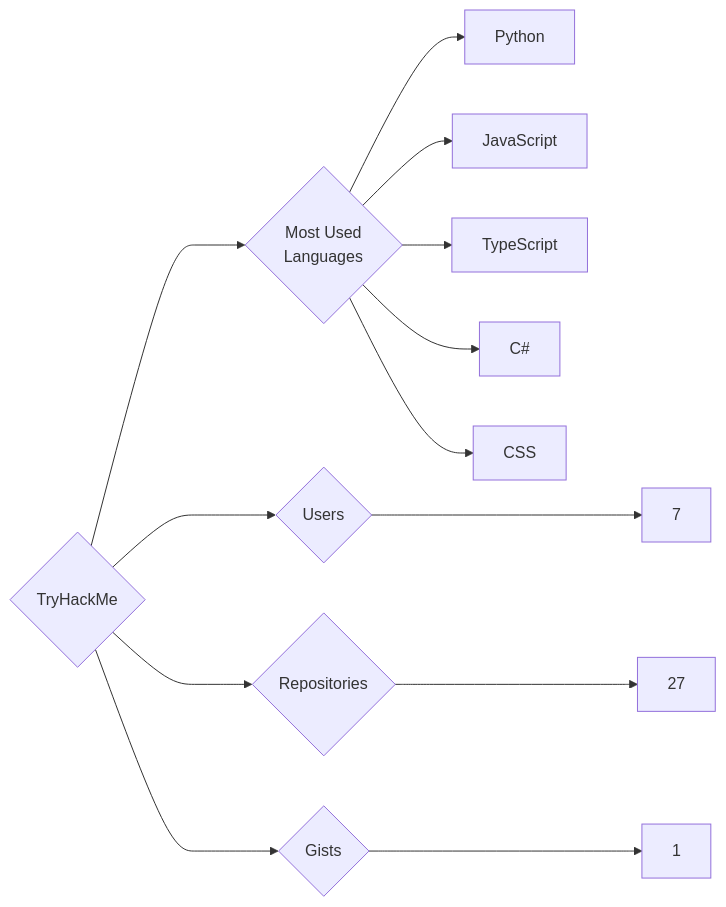
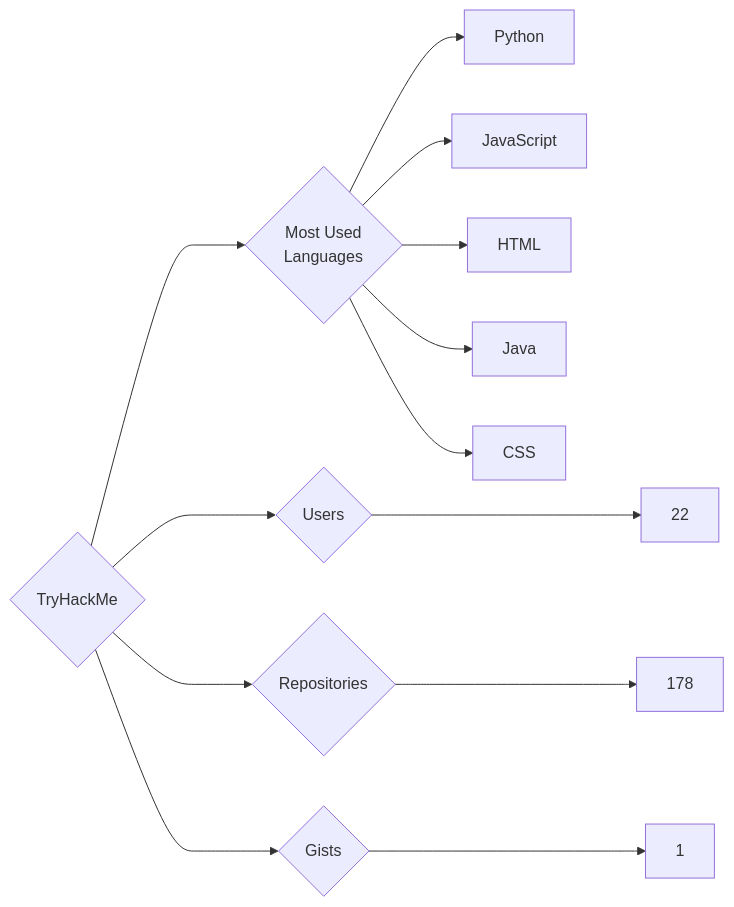
One commit to trickest/insiders changed the diagram in targets/TryHackMe/README.md. Above: the diagram before and after it, drawn with Mermaid. The commit also changed 895 other files, not shown here.

````diff
--- a/targets/TryHackMe/README.md
+++ b/targets/TryHackMe/README.md
@@ -3,13 +3,13 @@
 ```mermaid
 graph LR
 COMPANY_NAME{TryHackMe}
-COMPANY_NAME ---> U{Users} ---> UN[7]
-COMPANY_NAME ---> R{Repositories} ---> RN[27]
+COMPANY_NAME ---> U{Users} ---> UN[22]
+COMPANY_NAME ---> R{Repositories} ---> RN[178]
 COMPANY_NAME ---> G{Gists} ---> GN[1]
 COMPANY_NAME ---> ML{Most Used<br>Languages}
 ML --> Python[Python]
 ML --> JavaScript[JavaScript]
-ML --> TypeScript[TypeScript]
-ML --> C#[C#]
+ML --> HTML[HTML]
+ML --> Java[Java]
 ML --> CSS[CSS]
 ```
````
